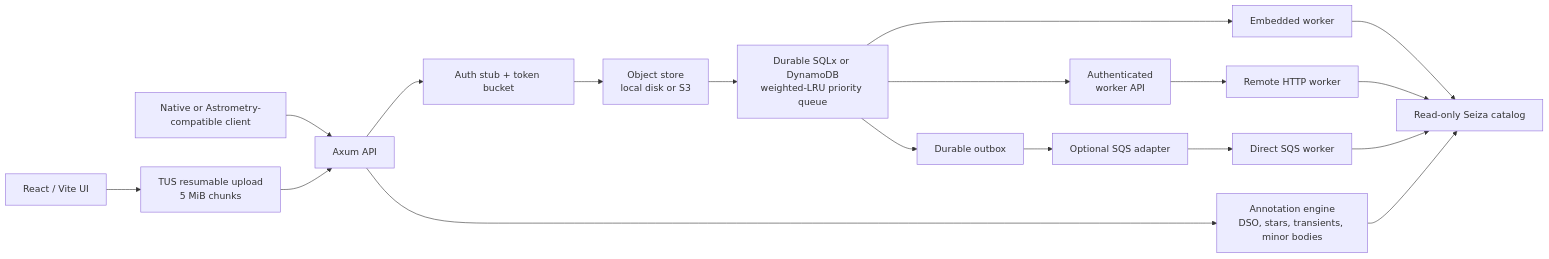
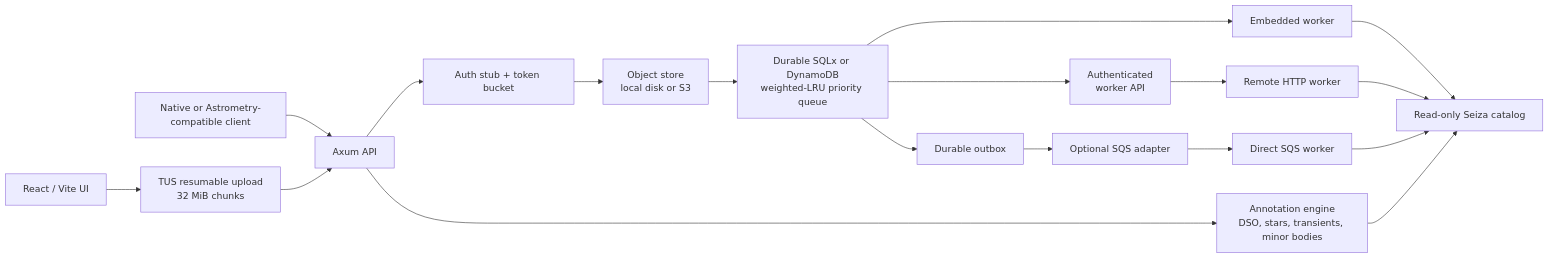
The diagram in docs/architecture.md (theatrus/seiza-server), drawn with Mermaid before and after one commit. The commit also changed other lines of this file and 5 other files, not shown here.

First line of the commit message:
Increase TUS chunks to 32 MiB (#42)

````diff
--- a/docs/architecture.md
+++ b/docs/architecture.md
@@ -5,20 +5,20 @@
 ```mermaid
 flowchart LR
-    Browser["React / Vite UI"] --> Upload["TUS resumable upload\n5 MiB chunks"]
+    Browser["React / Vite UI"] --> Upload["TUS resumable upload\n32 MiB chunks"]
     Client["Native or Astrometry-compatible client"] --> API
     Upload --> API["Axum API"]
     API --> Admission["Auth stub + token bucket"]
     Admission --> Store["Object store\nlocal disk or S3"]
     Store --> Queue["Durable SQLx or DynamoDB\nweighted-LRU priority queue"]
     Queue --> Embedded["Embedded worker"]
     Queue --> WorkerAPI["Authenticated\nworker API"]
     Queue --> Outbox["Durable outbox"]
     Outbox --> SQS["Optional SQS adapter"]
     SQS --> Direct["Direct SQS worker"]
     WorkerAPI --> Remote["Remote HTTP worker"]
     Embedded --> Catalog["Read-only Seiza catalog"]
     Remote --> Catalog
     Direct --> Catalog
     API --> Annotations["Annotation engine\nDSO, stars, transients, minor bodies"]
     Annotations --> Catalog
 ```
````
